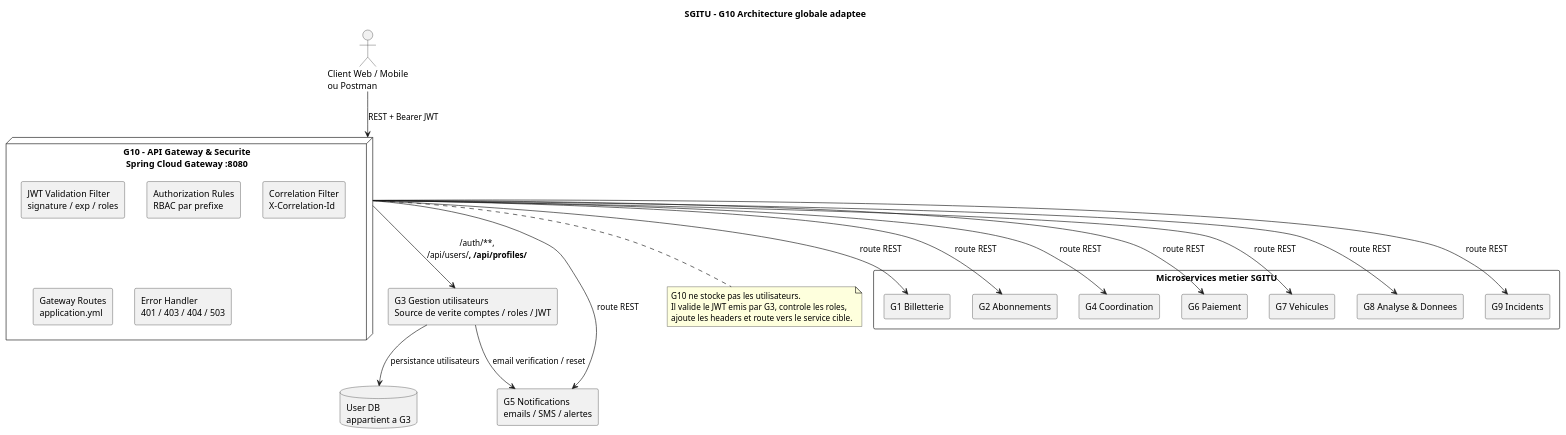
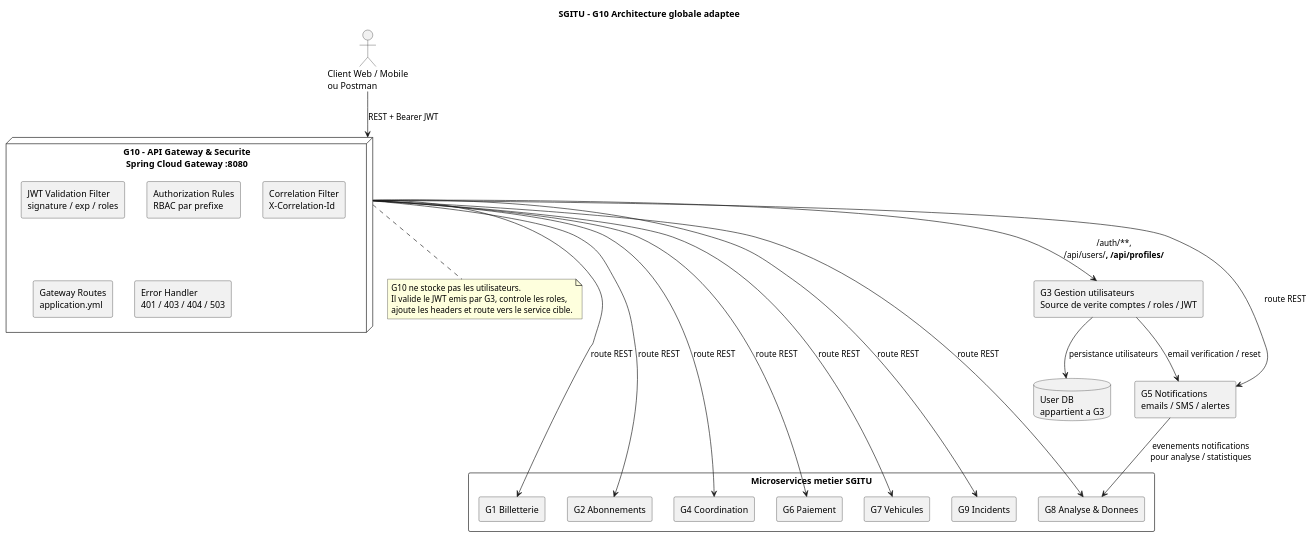
The diagram in api-gateway/docs/diagrams/g10_01_architecture_globale.puml (AmineElBiyadi/SGITU-Microservices), drawn with PlantUML before and after one commit. The commit also changed 17 other files, not shown here.

```diff
--- a/api-gateway/docs/diagrams/g10_01_architecture_globale.puml
+++ b/api-gateway/docs/diagrams/g10_01_architecture_globale.puml
@@ -1,52 +1,54 @@
 @startuml
 title SGITU - G10 Architecture globale adaptee
 
 skinparam componentStyle rectangle
 skinparam shadowing false
 skinparam packageStyle rectangle
 
 actor "Client Web / Mobile\nou Postman" as Client
 
 node "G10 - API Gateway & Securite\nSpring Cloud Gateway :8080" as G10 {
   component "JWT Validation Filter\nsignature / exp / roles" as JwtFilter
   component "Authorization Rules\nRBAC par prefixe" as RBAC
   component "Correlation Filter\nX-Correlation-Id" as CorrFilter
   component "Gateway Routes\napplication.yml" as Routes
   component "Error Handler\n401 / 403 / 404 / 503" as ErrorHandler
 }
 
 component "G3 Gestion utilisateurs\nSource de verite comptes / roles / JWT" as G3
 database "User DB\nappartient a G3" as G3Db
 component "G5 Notifications\nemails / SMS / alertes" as G5
 
 package "Microservices metier SGITU" {
   component "G1 Billetterie" as G1
   component "G2 Abonnements" as G2
   component "G4 Coordination" as G4
   component "G6 Paiement" as G6
   component "G7 Vehicules" as G7
   component "G8 Analyse & Donnees" as G8
   component "G9 Incidents" as G9
 }
 
 Client --> G10 : REST + Bearer JWT
 G10 --> G3 : /auth/**,\n/api/users/**, /api/profiles/**
 G3 --> G3Db : persistance utilisateurs
 G3 --> G5 : email verification / reset
 
 G10 --> G1 : route REST
 G10 --> G2 : route REST
 G10 --> G4 : route REST
 G10 --> G5 : route REST
 G10 --> G6 : route REST
 G10 --> G7 : route REST
 G10 --> G8 : route REST
 G10 --> G9 : route REST
 
+G5 --> G8 : evenements notifications\npour analyse / statistiques
+
 note bottom of G10
 G10 ne stocke pas les utilisateurs.
 Il valide le JWT emis par G3, controle les roles,
 ajoute les headers et route vers le service cible.
 end note
 
 @enduml
```
